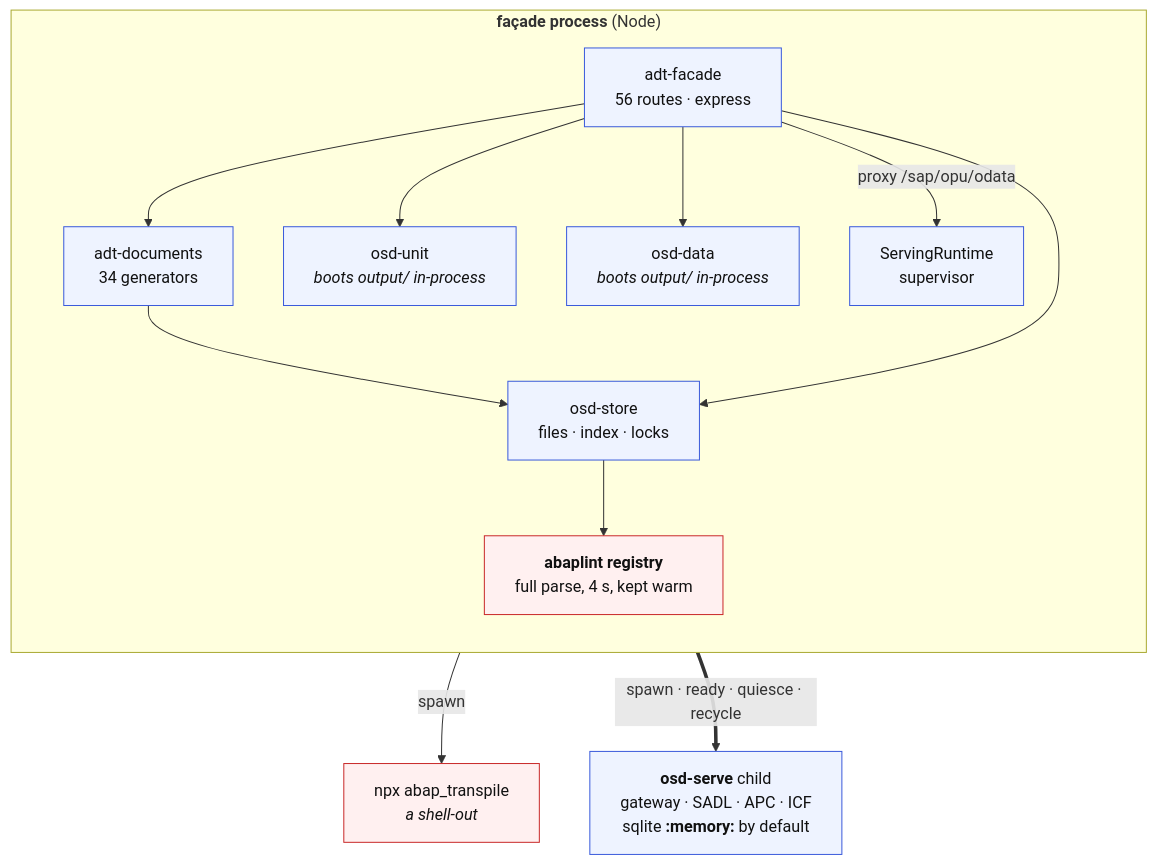
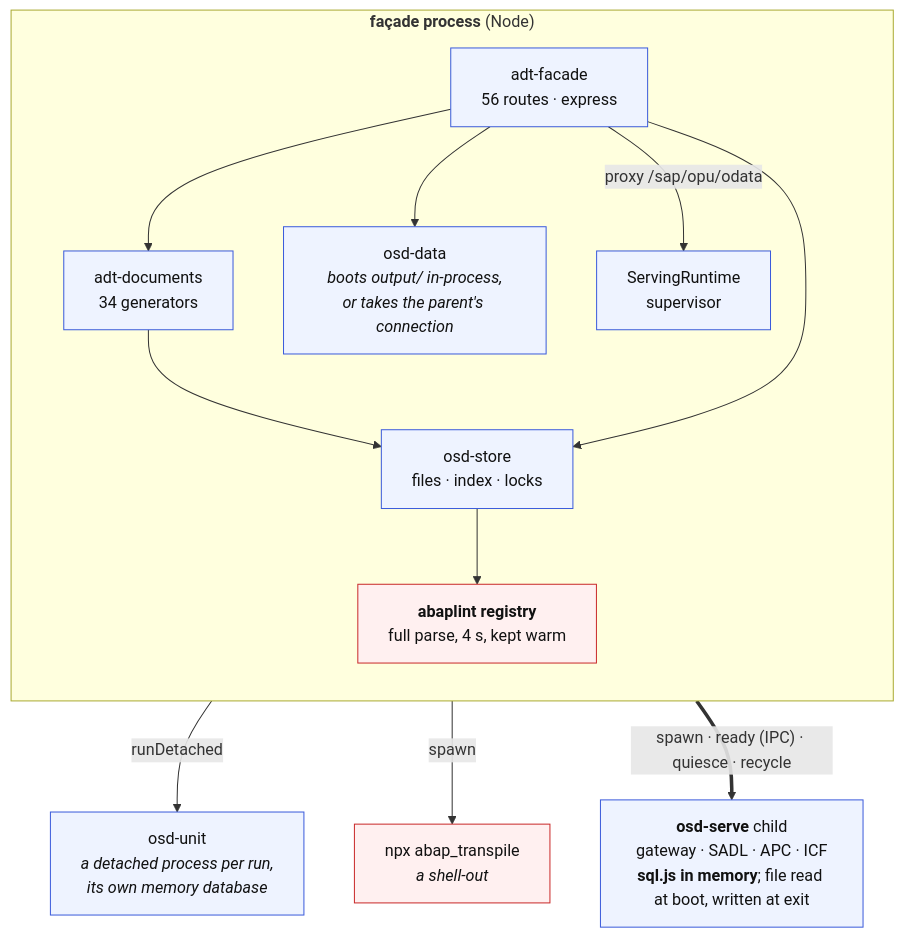
One commit to oisee/open-steamgate changed the second of 6 diagrams in docs/adt-facade-shift-left.md. Above: the diagram before and after it, drawn with Mermaid. The commit also changed other lines of this file and 1 other file, not shown here.

````diff
--- a/docs/adt-facade-shift-left.md
+++ b/docs/adt-facade-shift-left.md
@@ -135,27 +152,27 @@
 ```mermaid
 flowchart TB
   subgraph FP["<b>façade process</b> (Node)"]
     direction TB
     R["adt-facade<br/>56 routes · express"]
     D["adt-documents<br/>34 generators"]
     S["osd-store<br/>files · index · locks"]
     L["<b>abaplint registry</b><br/>full parse, 4 s, kept warm"]
-    U["osd-unit<br/><i>boots output/ in-process</i>"]
-    P["osd-data<br/><i>boots output/ in-process</i>"]
+    P["osd-data<br/><i>boots output/ in-process,<br/>or takes the parent's connection</i>"]
     V["ServingRuntime<br/>supervisor"]
     R --> D --> S
     R --> S
     S --> L
-    R --> U
     R --> P
     R -- "proxy /sap/opu/odata" --> V
   end
+  U["osd-unit<br/><i>a detached process per run,<br/>its own memory database</i>"]
   N["npx abap_transpile<br/><i>a shell-out</i>"]
-  C["<b>osd-serve</b> child<br/>gateway · SADL · APC · ICF<br/>sqlite <b>:memory:</b> by default"]
+  C["<b>osd-serve</b> child<br/>gateway · SADL · APC · ICF<br/><b>sql.js in memory</b>; file read at boot, written at exit"]
+  R -- "runDetached" --> U
   S -- "spawn" --> N
-  V == "spawn · ready · quiesce · recycle" ==> C
+  V == "spawn · ready (IPC) · quiesce · recycle" ==> C
   classDef js fill:#eef3ff,stroke:#3b5bdb,color:#111
   classDef hot fill:#fff0f0,stroke:#c92a2a,color:#111
-  class R,D,S,U,P,V,C js
+  class R,D,S,P,V,C,U js
   class L,N hot
 ```
````
